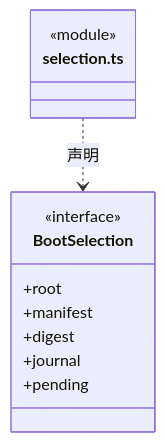
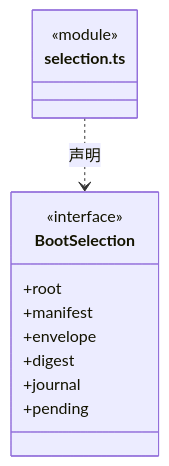
The third of 4 diagrams in src/bridge/server/bootstrap/ARCHITECTURE.md (nan023062/cbim), drawn with Mermaid before and after one commit. The commit also changed other lines of this file and 52 other files, not shown here.

````diff
--- a/src/bridge/server/bootstrap/ARCHITECTURE.md
+++ b/src/bridge/server/bootstrap/ARCHITECTURE.md
@@ -39,15 +39,16 @@
 ```mermaid
 classDiagram
 class N_src_bridge_server_bootstrap_selection_ts["selection.ts"] {
   <<module>>
 }
 class N_src_bridge_server_bootstrap_selection_ts_BootSelection["BootSelection"] {
   <<interface>>
   +root
   +manifest
+  +envelope
   +digest
   +journal
   +pending
 }
 N_src_bridge_server_bootstrap_selection_ts ..> N_src_bridge_server_bootstrap_selection_ts_BootSelection : 声明
 ```
````
